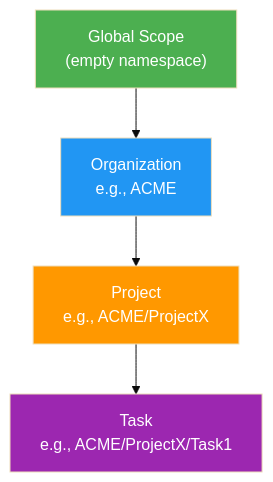
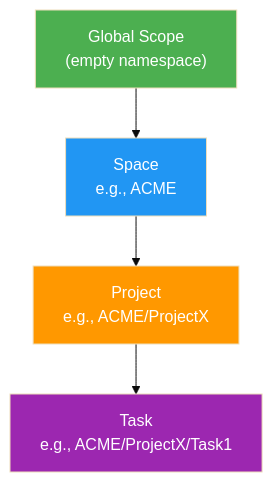
Before and after one commit to Systemorph/MeshWeaver: the second of 4 diagrams in src/MeshWeaver.Documentation/Data/Architecture/AccessControl.md, drawn with Mermaid (base theme). The commit also changed 26 other files, not shown here.

````diff
--- a/src/MeshWeaver.Documentation/Data/Architecture/AccessControl.md
+++ b/src/MeshWeaver.Documentation/Data/Architecture/AccessControl.md
@@ -490,11 +490,11 @@
 ```mermaid
 flowchart TB
-    Global["Global Scope<br/>(empty namespace)"] --> Org["Organization<br/>e.g., ACME"]
+    Global["Global Scope<br/>(empty namespace)"] --> Org["Space<br/>e.g., ACME"]
     Org --> Proj["Project<br/>e.g., ACME/ProjectX"]
     Proj --> Task["Task<br/>e.g., ACME/ProjectX/Task1"]
 
     style Global fill:#4caf50,color:#fff
     style Org fill:#2196f3,color:#fff
     style Proj fill:#ff9800,color:#fff
     style Task fill:#9c27b0,color:#fff
 ```
````
